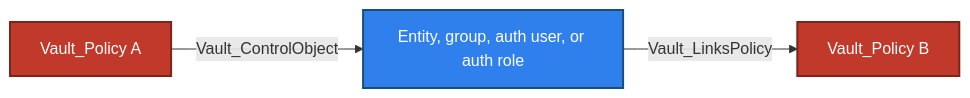
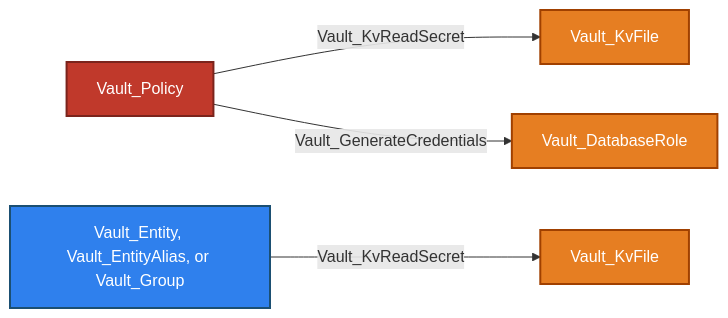
The sixth of 7 diagrams in Documentation/stores/POLICIES.md (bytewreck/opengraph-vault), drawn with Mermaid before and after one commit. The commit also changed other lines of this file and 3 other files, not shown here.

````diff
--- a/Documentation/stores/POLICIES.md
+++ b/Documentation/stores/POLICIES.md
@@ -187,8 +339,10 @@
 ```mermaid
 flowchart LR
-    policyA["Vault_Policy A"]:::policyNode -->|Vault_ControlObject| object["Entity, group, auth user, or auth role"]:::identityNode
-    object -->|Vault_LinksPolicy| policyB["Vault_Policy B"]:::policyNode
+    policy[Vault_Policy]:::policyNode -->|Vault_KvReadSecret| secret[Vault_KvFile]:::secretNode
+    policy -->|Vault_GenerateCredentials| databaseRole[Vault_DatabaseRole]:::secretNode
+    source["Vault_Entity, Vault_EntityAlias, or Vault_Group"]:::identityNode -->|Vault_KvReadSecret| rendered[Vault_KvFile]:::secretNode
 
+    classDef identityNode fill:#2F80ED,color:#fff,stroke:#1B4F72,stroke-width:2px
     classDef policyNode fill:#C0392B,color:#fff,stroke:#7B241C,stroke-width:2px
-    classDef identityNode fill:#2F80ED,color:#fff,stroke:#1B4F72,stroke-width:2px
+    classDef secretNode fill:#E67E22,color:#fff,stroke:#A04000,stroke-width:2px
 ```
````
